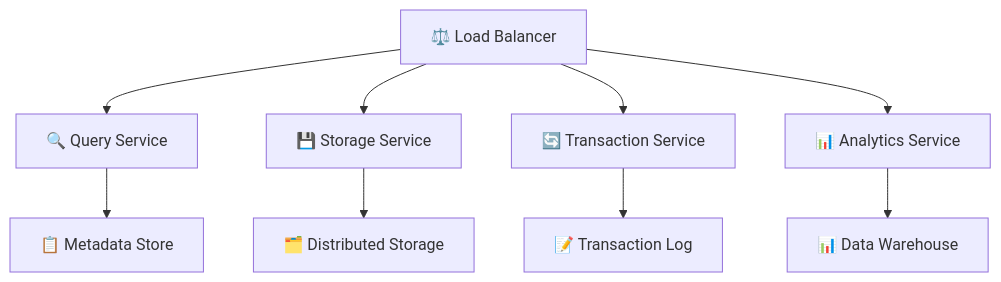
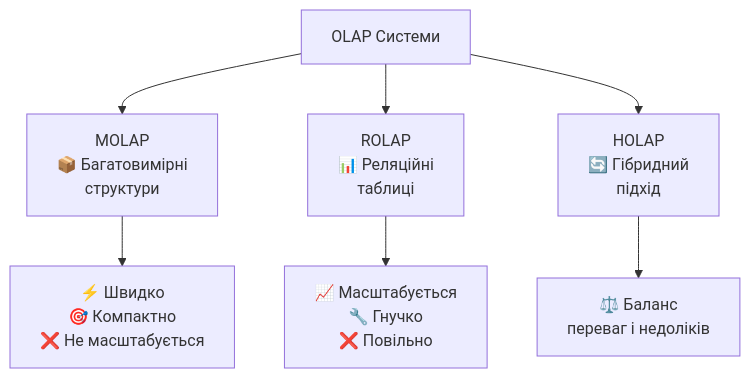
Diagram 14 of 14 in presentations/presentation-02.md (olroi421/course-bd), drawn with Mermaid before and after one commit. The commit also changed other lines of this file and 7 other files, not shown here.

````diff
--- a/presentations/presentation-02.md
+++ b/presentations/presentation-02.md
@@ -750,12 +446,10 @@
 ```mermaid
-graph TB
-    A[⚖️ Load Balancer] --> B[🔍 Query Service]
-    A --> C[💾 Storage Service]
-    A --> D[🔄 Transaction Service]
-    A --> E[📊 Analytics Service]
+graph TD
+    A[OLAP Системи] --> B[MOLAP<br/>📦 Багатовимірні<br/>структури]
+    A --> C[ROLAP<br/>📊 Реляційні<br/>таблиці]
+    A --> D[HOLAP<br/>🔄 Гібридний<br/>підхід]
 
-    B --> F[📋 Metadata Store]
-    C --> G[🗂️ Distributed Storage]
-    D --> H[📝 Transaction Log]
-    E --> I[📊 Data Warehouse]
+    B --> E[⚡ Швидко<br/>🎯 Компактно<br/>❌ Не масштабується]
+    C --> F[📈 Масштабується<br/>🔧 Гнучко<br/>❌ Повільно]
+    D --> G[⚖️ Баланс<br/>переваг і недоліків]
 ```
````
